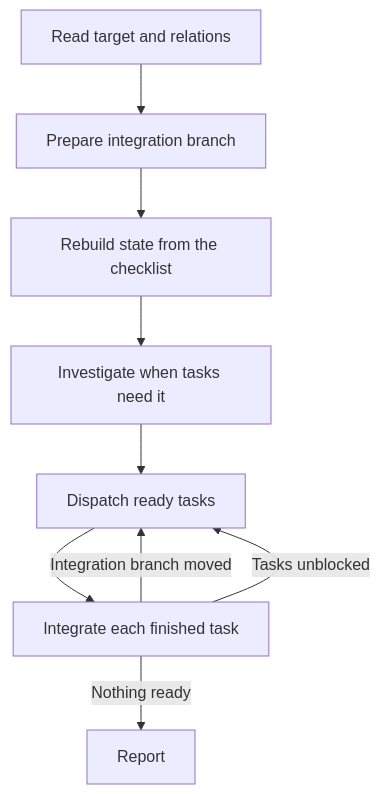
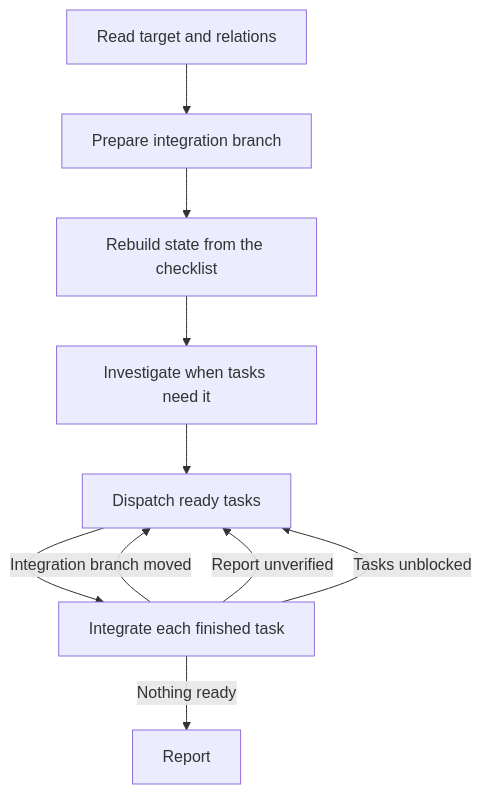
Before and after one commit to adeonir/agent-skills: the diagram in skills/engineering/implement/README.md, drawn with Mermaid. The commit also changed other lines of this file and 2 other files, not shown here.

````diff
--- a/skills/engineering/implement/README.md
+++ b/skills/engineering/implement/README.md
@@ -7,11 +7,12 @@
 ```mermaid
 flowchart TD
     A[Read target and relations] --> B[Prepare integration branch]
     B --> C[Rebuild state from the checklist]
     C --> D[Investigate when tasks need it]
     D --> E[Dispatch ready tasks]
     E --> F[Integrate each finished task]
     F -->|Integration branch moved| E
+    F -->|Report unverified| E
     F -->|Tasks unblocked| E
     F -->|Nothing ready| G[Report]
 ```
````
